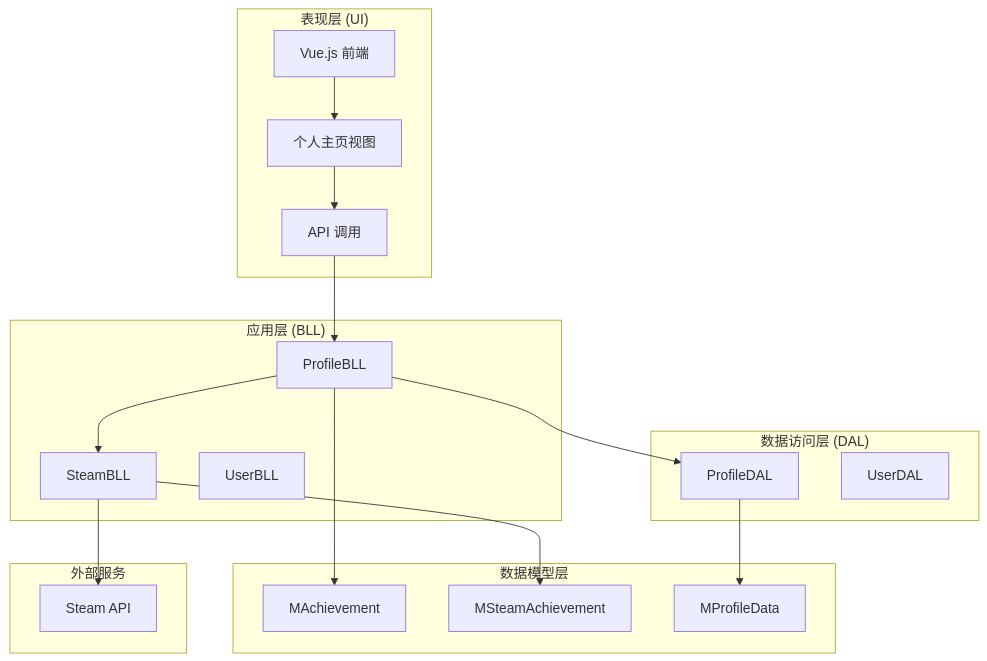
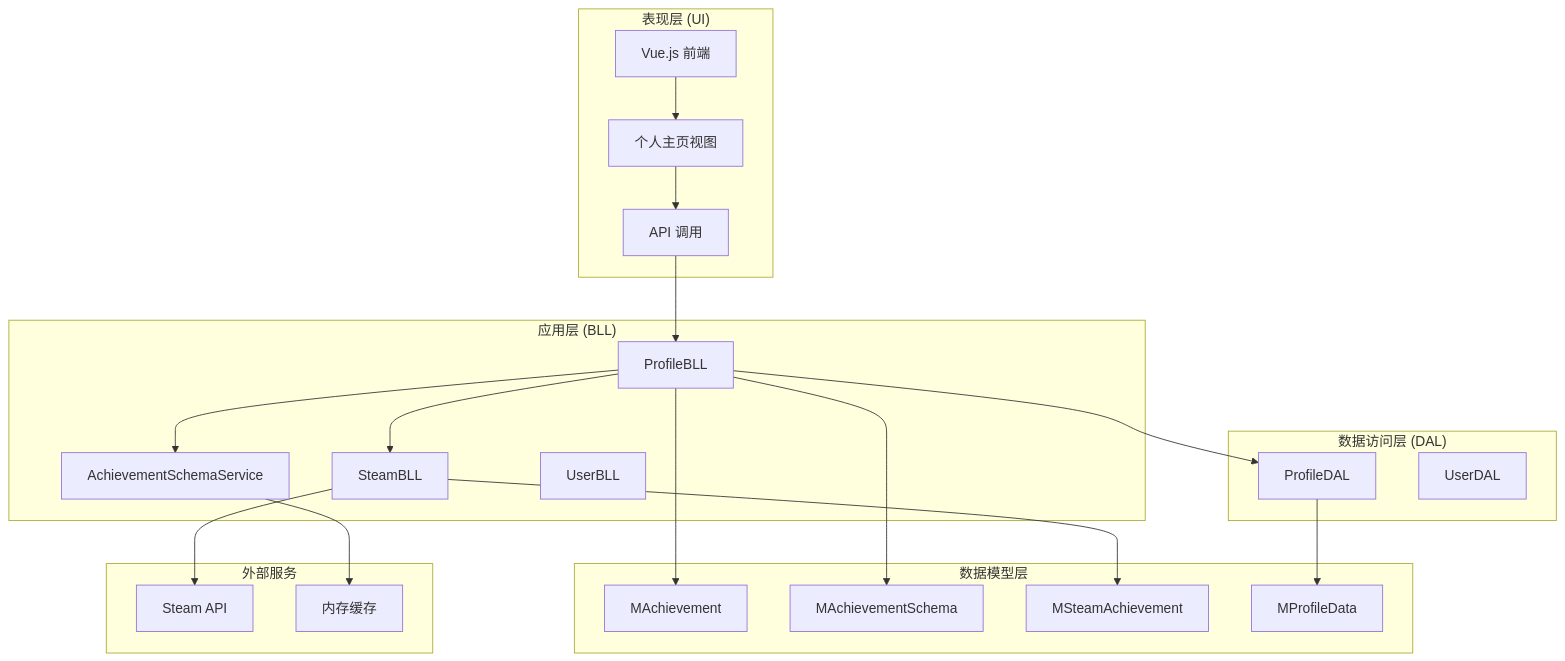
Before and after one commit to TinyMaD/SpeedRunnersLab: the first of 6 diagrams in .qoder/repowiki/zh/content/后端 API 服务/用户管理模块/成就系统.md, drawn with Mermaid. The commit also changed other lines of this file and 9 other files, not shown here.

````diff
--- a/.qoder/repowiki/zh/content/后端 API 服务/用户管理模块/成就系统.md
+++ b/.qoder/repowiki/zh/content/后端 API 服务/用户管理模块/成就系统.md
@@ -38,34 +55,40 @@
 ```mermaid
 graph TB
 subgraph "表现层 (UI)"
 Vue[Vue.js 前端]
 ProfileView[个人主页视图]
 API[API 调用]
 end
 subgraph "应用层 (BLL)"
 ProfileBLL[ProfileBLL]
 SteamBLL[SteamBLL]
+AchievementSchemaService[AchievementSchemaService]
 UserBLL[UserBLL]
 end
 subgraph "数据访问层 (DAL)"
 ProfileDAL[ProfileDAL]
 UserDAL[UserDAL]
 end
 subgraph "数据模型层"
 MAchievement[MAchievement]
+MAchievementSchema[MAchievementSchema]
 MSteamAchievement[MSteamAchievement]
 MProfileData[MProfileData]
 end
 subgraph "外部服务"
 SteamAPI[Steam API]
+MemoryCache[内存缓存]
 end
 Vue --> ProfileView
 ProfileView --> API
 API --> ProfileBLL
 ProfileBLL --> SteamBLL
+ProfileBLL --> AchievementSchemaService
 ProfileBLL --> ProfileDAL
 SteamBLL --> SteamAPI
+AchievementSchemaService --> MemoryCache
 ProfileBLL --> MAchievement
+ProfileBLL --> MAchievementSchema
 SteamBLL --> MSteamAchievement
 ProfileDAL --> MProfileData
 ```
````
